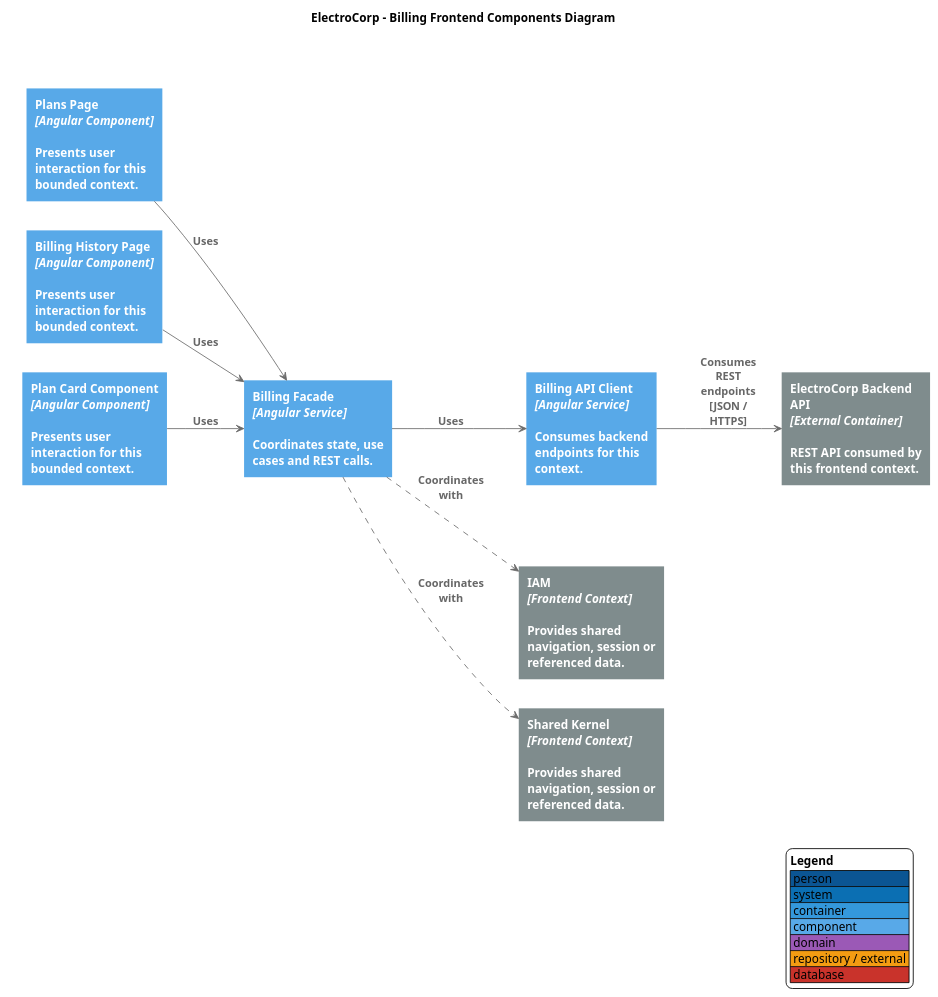
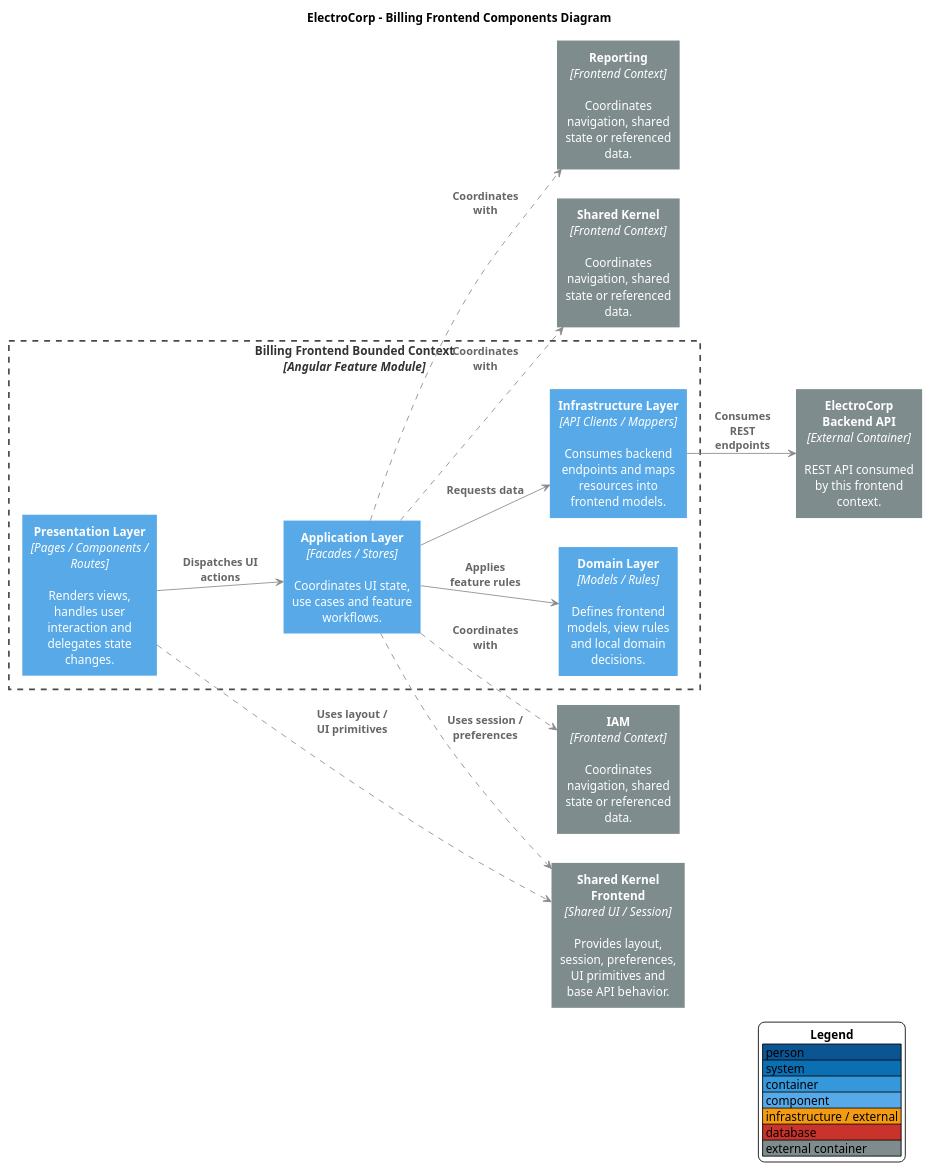
One commit to upc-pre-202610-1asi0729-11896-ecorp/electrocorp-report changed the diagram in docs/diagrams/components/frontend/bounded-contexts/billing-frontend-components.puml. Above: the diagram before and after it, drawn with PlantUML. The commit also changed 29 other files, not shown here.

Commit message:
docs(c4): reorganize component diagrams by context and layers

```diff
--- a/docs/diagrams/components/frontend/bounded-contexts/billing-frontend-components.puml
+++ b/docs/diagrams/components/frontend/bounded-contexts/billing-frontend-components.puml
@@ -1,55 +1,74 @@
 @startuml
 skinparam backgroundColor #FFFFFF
 skinparam shadowing false
 skinparam defaultFontName Arial
-skinparam wrapWidth 170
-skinparam maxMessageSize 90
-skinparam ArrowColor #6B6B6B
+skinparam defaultTextAlignment center
+skinparam wrapWidth 145
+skinparam maxMessageSize 95
+skinparam ArrowColor #8A8A8A
 skinparam ArrowFontColor #666666
 skinparam ArrowFontStyle bold
+skinparam ArrowThickness 1
 skinparam rectangleRoundCorner 0
 skinparam rectangleBorderThickness 0
 skinparam rectangleFontColor #FFFFFF
-skinparam rectangleFontStyle bold
-skinparam packageStyle rectangle
-skinparam packageBorderColor #555555
-skinparam packageBackgroundColor transparent
-skinparam packageFontColor #444444
-skinparam packageFontStyle bold
+skinparam rectangleFontStyle plain
+skinparam rectangle {
+  BorderThickness 0
+}
+skinparam rectangle<<BoundedContext>> {
+  BackgroundColor transparent
+  BorderColor #4A4A4A
+  BorderThickness 2
+  BorderStyle dashed
+  FontColor #333333
+  FontStyle bold
+}
 skinparam databaseBackgroundColor #C9332B
 skinparam databaseBorderColor #C9332B
 skinparam databaseFontColor #FFFFFF
+skinparam databaseFontStyle plain
 hide stereotype
-title ElectroCorp - Billing Frontend Components Diagram
 left to right direction
 
-package "Billing Frontend Bounded Context\n[container]" {
-  rectangle "<b>Plans Page</b>\n<i>[Angular Component]</i>\n\nPresents user interaction for this bounded context." as P0 #58A9E8
-  rectangle "<b>Billing History Page</b>\n<i>[Angular Component]</i>\n\nPresents user interaction for this bounded context." as P1 #58A9E8
-  rectangle "<b>Plan Card Component</b>\n<i>[Angular Component]</i>\n\nPresents user interaction for this bounded context." as P2 #58A9E8
-  rectangle "<b>Billing Facade</b>\n<i>[Angular Service]</i>\n\nCoordinates state, use cases and REST calls." as Facade #58A9E8
-  rectangle "<b>Billing API Client</b>\n<i>[Angular Service]</i>\n\nConsumes backend endpoints for this context." as Client #58A9E8
+title ElectroCorp - Billing Frontend Components Diagram
+
+rectangle "<b>Billing Frontend Bounded Context</b>\n<i>[Angular Feature Module]</i>" as Boundary <<BoundedContext>> {
+  rectangle "<b>Presentation Layer</b>\n<i>[Pages / Components / Routes]</i>\n\nRenders views, handles user interaction and delegates state changes." as Presentation #58A9E8
+  rectangle "<b>Application Layer</b>\n<i>[Facades / Stores]</i>\n\nCoordinates UI state, use cases and feature workflows." as Application #58A9E8
+  rectangle "<b>Domain Layer</b>\n<i>[Models / Rules]</i>\n\nDefines frontend models, view rules and local domain decisions." as Domain #58A9E8
+  rectangle "<b>Infrastructure Layer</b>\n<i>[API Clients / Mappers]</i>\n\nConsumes backend endpoints and maps resources into frontend models." as Infrastructure #58A9E8
 }
+
 rectangle "<b>ElectroCorp Backend API</b>\n<i>[External Container]</i>\n\nREST API consumed by this frontend context." as Backend #7F8C8D
-package "Connected Frontend Contexts\n[external containers]" {
-  rectangle "<b>IAM</b>\n<i>[Frontend Context]</i>\n\nProvides shared navigation, session or referenced data." as Dep0 #7F8C8D
-  rectangle "<b>Shared Kernel</b>\n<i>[Frontend Context]</i>\n\nProvides shared navigation, session or referenced data." as Dep1 #7F8C8D
-}
-P0 --> Facade : Uses
-P1 --> Facade : Uses
-P2 --> Facade : Uses
-Facade --> Client : Uses
-Client --> Backend : Consumes REST endpoints\n[JSON / HTTPS]
-Facade ..> Dep0 : Coordinates with
-Facade ..> Dep1 : Coordinates with
+rectangle "<b>Shared Kernel Frontend</b>\n<i>[Shared UI / Session]</i>\n\nProvides layout, session, preferences, UI primitives and base API behavior." as Shared #7F8C8D
+rectangle "<b>IAM</b>\n<i>[Frontend Context]</i>\n\nCoordinates navigation, shared state or referenced data." as Dep0 #7F8C8D
+rectangle "<b>Reporting</b>\n<i>[Frontend Context]</i>\n\nCoordinates navigation, shared state or referenced data." as Dep1 #7F8C8D
+rectangle "<b>Shared Kernel</b>\n<i>[Frontend Context]</i>\n\nCoordinates navigation, shared state or referenced data." as Dep2 #7F8C8D
+
+Presentation --> Application : Dispatches UI actions
+Application --> Domain : Applies feature rules
+Application --> Infrastructure : Requests data
+Infrastructure --> Backend : Consumes REST endpoints
+Presentation ..> Shared : Uses layout / UI primitives
+Application ..> Shared : Uses session / preferences
+Application ..> Dep0 : Coordinates with
+Application ..> Dep1 : Coordinates with
+Application ..> Dep2 : Coordinates with
+
+Presentation -[hidden]right- Application
+Application -[hidden]right- Domain
+Domain -[hidden]right- Infrastructure
+
 legend right
   <b>Legend</b>
   |<#0B5593> person |
   |<#0B6FB3> system |
   |<#3498DB> container |
   |<#58A9E8> component |
-  |<#9B59B6> domain |
-  |<#F39C12> repository / external |
+  |<#F39C12> infrastructure / external |
   |<#C9332B> database |
+  |<#7F8C8D> external container |
 endlegend
+
 @enduml
```
